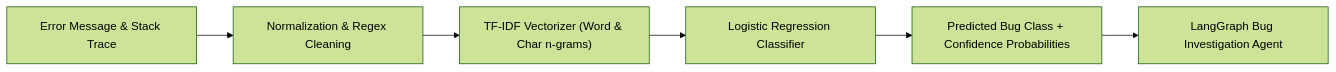
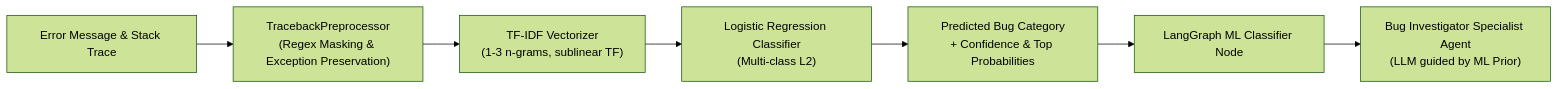
The first of 2 diagrams in docs/ML_LEARNING.md (agrima-06/devora-ai), drawn with Mermaid (forest theme) before and after one commit. The commit also changed other lines of this file and 146 other files, not shown here.

````diff
--- a/docs/ML_LEARNING.md
+++ b/docs/ML_LEARNING.md
@@ -43,8 +42,9 @@
 ```mermaid
 flowchart LR
-    RawInput["Error Message & Stack Trace"] --> Preprocessor["Normalization & Regex Cleaning"]
-    Preprocessor --> TFIDF["TF-IDF Vectorizer (Word & Char n-grams)"]
-    TFIDF --> LogReg["Logistic Regression Classifier"]
-    LogReg --> Output["Predicted Bug Class + Confidence Probabilities"]
-    Output --> Orchestrator["LangGraph Bug Investigation Agent"]
+    RawInput["Error Message & Stack Trace"] --> Preprocessor["TracebackPreprocessor\n(Regex Masking & Exception Preservation)"]
+    Preprocessor --> TFIDF["TF-IDF Vectorizer\n(1-3 n-grams, sublinear TF)"]
+    TFIDF --> LogReg["Logistic Regression Classifier\n(Multi-class L2)"]
+    LogReg --> Output["Predicted Bug Category\n+ Confidence & Top Probabilities"]
+    Output --> Orchestrator["LangGraph ML Classifier Node"]
+    Orchestrator --> Investigator["Bug Investigator Specialist Agent\n(LLM guided by ML Prior)"]
 ```
````
